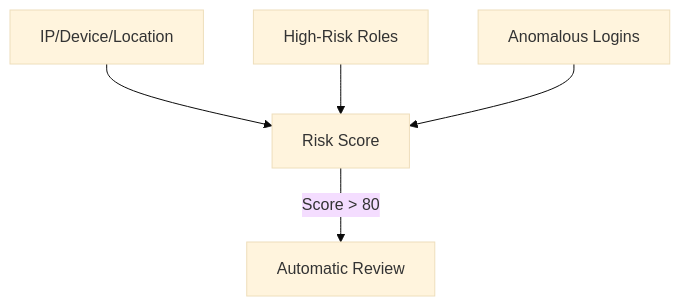
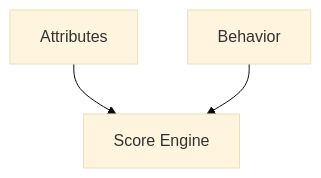
Before and after one commit to Devopstrio/identity-governance-framework: the seventh of 30 diagrams in README.md, drawn with Mermaid (base theme). The commit also changed other lines of this file, not shown here.

Commit message:
docs: expand README with 30+ architectural diagrams

````diff
--- a/README.md
+++ b/README.md
@@ -164,7 +71,5 @@
 ```mermaid
 graph TD
-    Context[IP/Device/Location] --> Score[Risk Score]
-    Entitlements[High-Risk Roles] --> Score
-    Behavior[Anomalous Logins] --> Score
-    Score -->|Score > 80| Trigger[Automatic Review]
+    Attr[Attributes] --> Score[Score Engine]
+    Behavior[Behavior] --> Score
 ```
````
